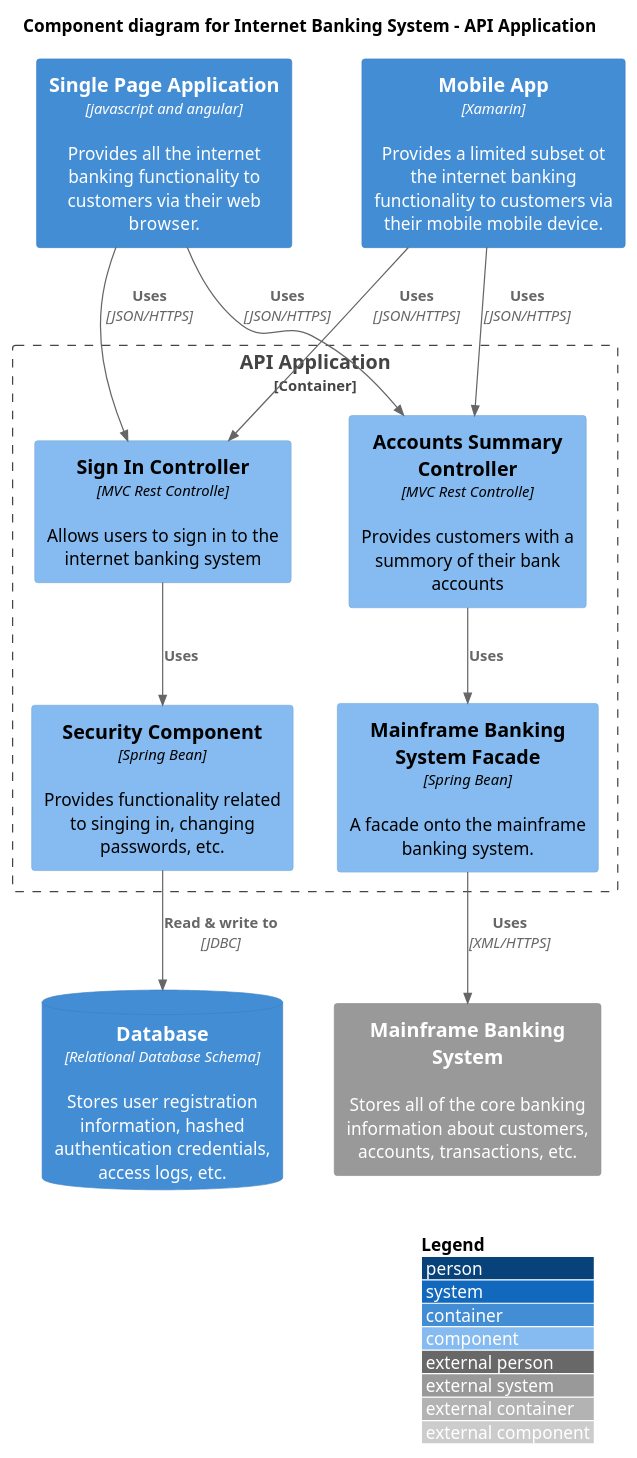
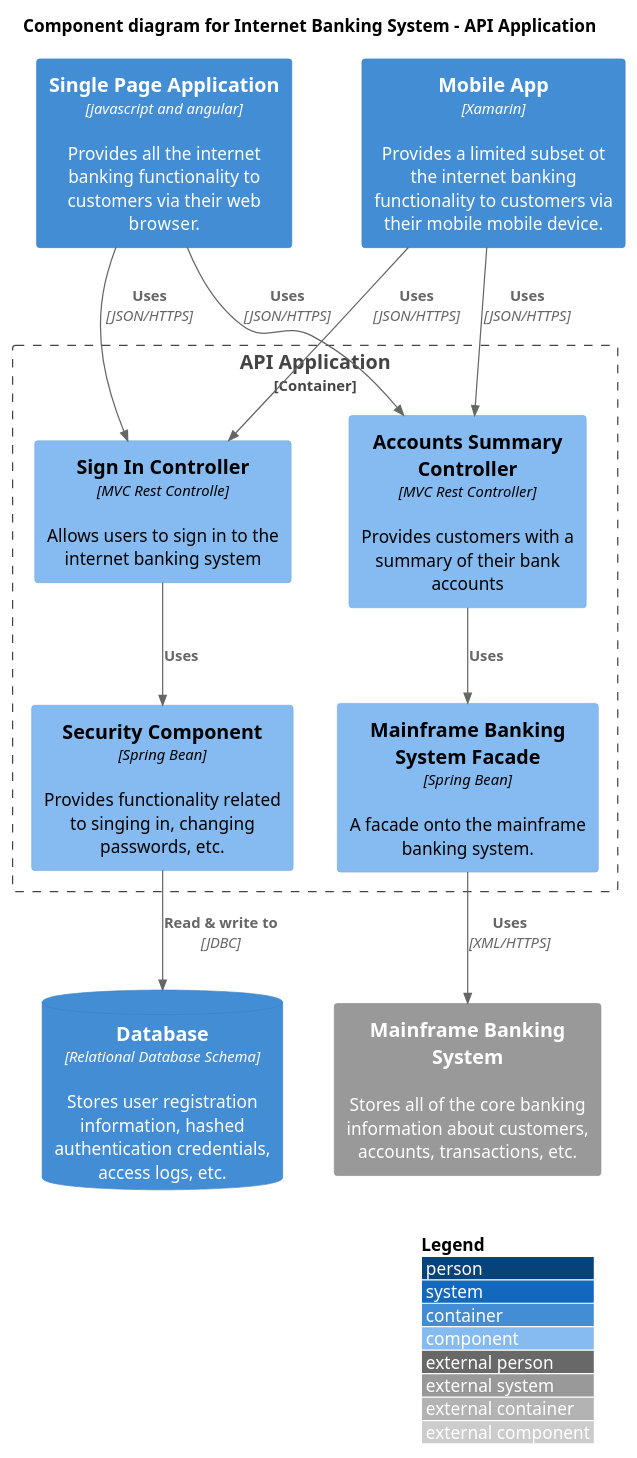
The diagram in samples/C4_Component Diagram Sample - bigbankplc.puml (scott-wong/C4-PlantUML), drawn with PlantUML before and after one commit. The commit also changed 51 other files, not shown here.

```diff
--- a/samples/C4_Component Diagram Sample - bigbankplc.puml
+++ b/samples/C4_Component Diagram Sample - bigbankplc.puml
@@ -1,32 +1,32 @@
 @startuml
-!include https://raw.githubusercontent.com/scott-wong/C4-PlantUML/master/C4_Component.puml
+!include https://raw.githubusercontent.com/plantuml-stdlib/C4-PlantUML/master/C4_Component.puml
 ' uncomment the following line and comment the first to use locally
 ' !include C4_Component.puml
 
 LAYOUT_WITH_LEGEND()
 
 title Component diagram for Internet Banking System - API Application
 
 Container(spa, "Single Page Application", "javascript and angular", "Provides all the internet banking functionality to customers via their web browser.")
 Container(ma, "Mobile App", "Xamarin", "Provides a limited subset ot the internet banking functionality to customers via their mobile mobile device.")
 ContainerDb(db, "Database", "Relational Database Schema", "Stores user registration information, hashed authentication credentials, access logs, etc.")
 System_Ext(mbs, "Mainframe Banking System", "Stores all of the core banking information about customers, accounts, transactions, etc.")
 
 Container_Boundary(api, "API Application") {
     Component(sign, "Sign In Controller", "MVC Rest Controlle", "Allows users to sign in to the internet banking system")
-    Component(accounts, "Accounts Summary Controller", "MVC Rest Controlle", "Provides customers with a summory of their bank accounts")
+    Component(accounts, "Accounts Summary Controller", "MVC Rest Controller", "Provides customers with a summary of their bank accounts")
     Component(security, "Security Component", "Spring Bean", "Provides functionality related to singing in, changing passwords, etc.")
     Component(mbsfacade, "Mainframe Banking System Facade", "Spring Bean", "A facade onto the mainframe banking system.")
 
     Rel(sign, security, "Uses")
     Rel(accounts, mbsfacade, "Uses")
     Rel(security, db, "Read & write to", "JDBC")
     Rel(mbsfacade, mbs, "Uses", "XML/HTTPS")
 }
 
 Rel(spa, sign, "Uses", "JSON/HTTPS")
 Rel(spa, accounts, "Uses", "JSON/HTTPS")
 
 Rel(ma, sign, "Uses", "JSON/HTTPS")
 Rel(ma, accounts, "Uses", "JSON/HTTPS")
 @enduml
```
